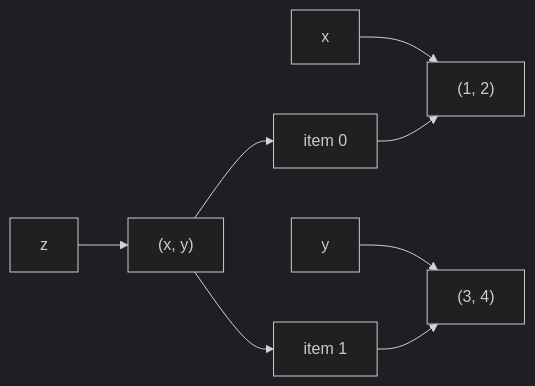
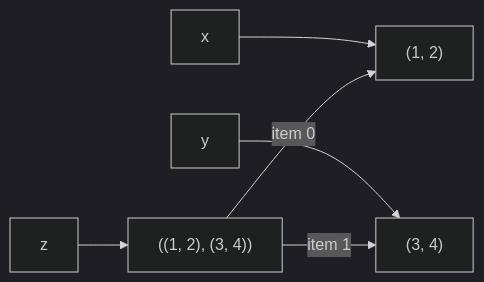
The diagram in notes/Tuple.md (saumilthecode/h2-curly-pancakes), drawn with Mermaid (dark theme) before and after one commit. The commit also changed other lines of this file and 8 other files, not shown here.

````diff
--- a/notes/Tuple.md
+++ b/notes/Tuple.md
@@ -23,10 +23,8 @@
 ```mermaid
 flowchart LR
     xvar["x"] --> xtup["(1, 2)"]
     yvar["y"] --> ytup["(3, 4)"]
-    zvar["z"] --> ztup["(x, y)"]
-    ztup --> slot0["item 0"]
-    ztup --> slot1["item 1"]
-    slot0 --> xtup
-    slot1 --> ytup
+    zvar["z"] --> ztup["((1, 2), (3, 4))"]
+    ztup -->|item 0| xtup
+    ztup -->|item 1| ytup
 ```
````
